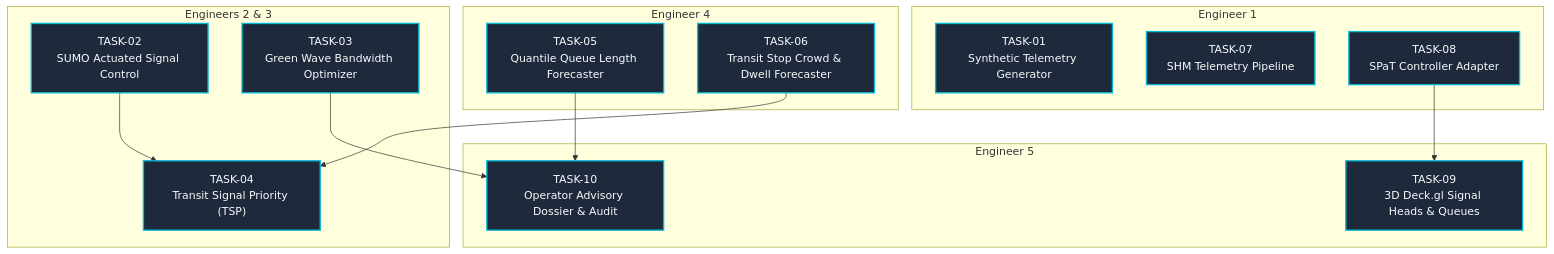
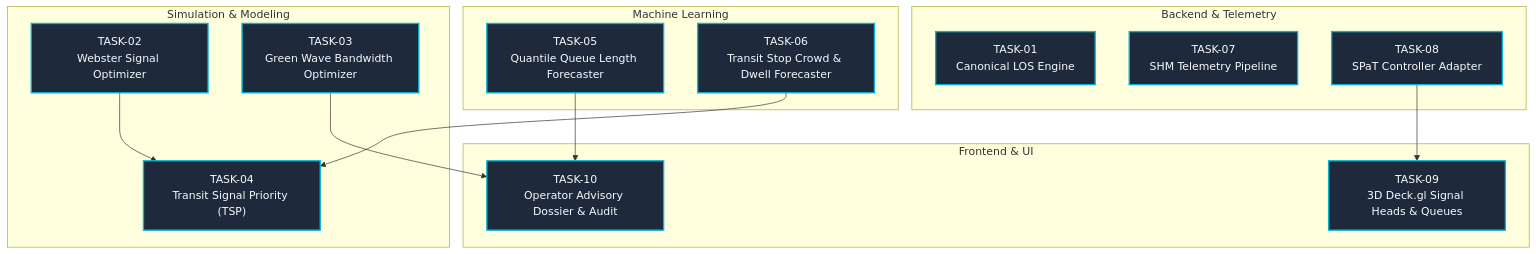
The diagram in docs/tasks/traffic-mobility/README.md (AshrafGalaxy/Digital_Twin), drawn with Mermaid before and after one commit. The commit also changed other lines of this file and 24 other files, not shown here.

Commit message:
docs: standardize task schemas and team collaboration guides

````diff
--- a/docs/tasks/traffic-mobility/README.md
+++ b/docs/tasks/traffic-mobility/README.md
@@ -73,32 +73,32 @@
 ```mermaid
 flowchart TD
-    subgraph Data & Telemetry Ingestion [Engineer 1]
-        T1["TASK-01<br/>Synthetic Telemetry Generator"]
+    subgraph Data & Telemetry Ingestion [Backend & Telemetry]
+        T1["TASK-01<br/>Canonical LOS Engine"]
         T7["TASK-07<br/>SHM Telemetry Pipeline"]
         T8["TASK-08<br/>SPaT Controller Adapter"]
     end
 
-    subgraph Simulation Engines [Engineers 2 & 3]
-        T2["TASK-02<br/>SUMO Actuated Signal Control"]
+    subgraph Simulation Engines [Simulation & Modeling]
+        T2["TASK-02<br/>Webster Signal Optimizer"]
         T3["TASK-03<br/>Green Wave Bandwidth Optimizer"]
         T4["TASK-04<br/>Transit Signal Priority (TSP)"]
         T2 --> T4
     end
 
-    subgraph Machine Learning [Engineer 4]
+    subgraph Machine Learning [Machine Learning]
         T5["TASK-05<br/>Quantile Queue Length Forecaster"]
         T6["TASK-06<br/>Transit Stop Crowd & Dwell Forecaster"]
         T6 --> T4
     end
 
-    subgraph Frontend & Operator UI [Engineer 5]
+    subgraph Frontend & Operator UI [Frontend & UI]
         T9["TASK-09<br/>3D Deck.gl Signal Heads & Queues"]
         T10["TASK-10<br/>Operator Advisory Dossier & Audit"]
         T8 --> T9
         T3 --> T10
         T5 --> T10
     end
 
     classDef primary fill:#1e293b,stroke:#06b6d4,stroke-width:2px,color:#f8fafc;
     class T1,T2,T3,T4,T5,T6,T7,T8,T9,T10 primary;
 ```
````
